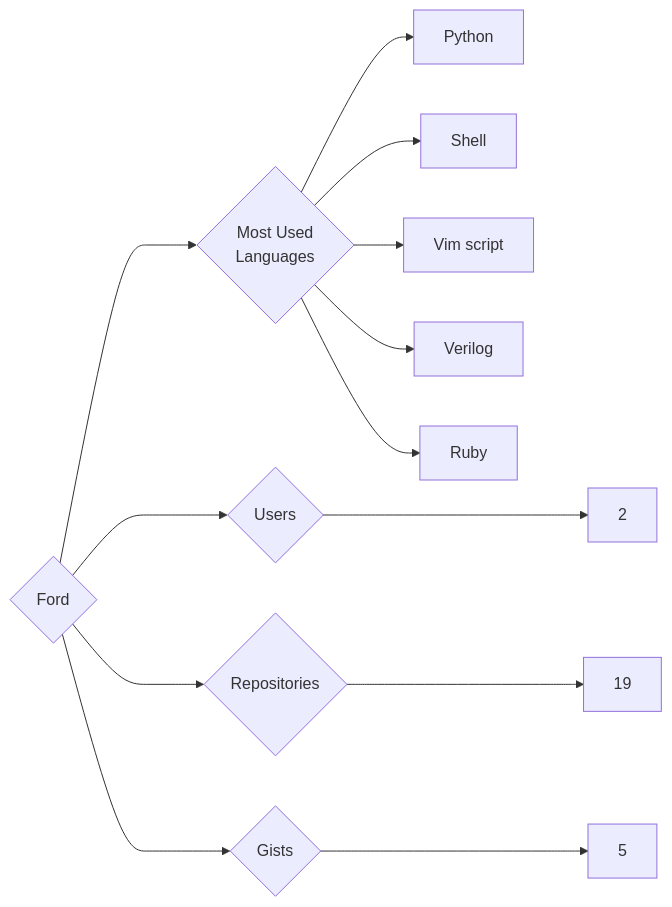
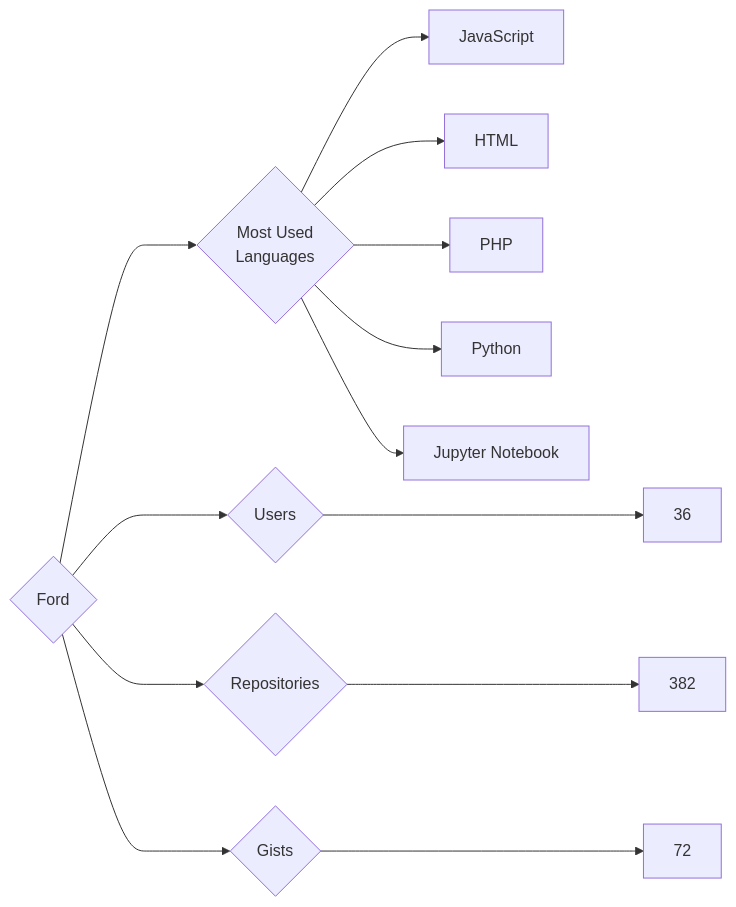
The diagram in targets/Ford/README.md (trickest/insiders), drawn with Mermaid before and after one commit. The commit also changed 873 other files, not shown here.

````diff
--- a/targets/Ford/README.md
+++ b/targets/Ford/README.md
@@ -3,13 +3,13 @@
 ```mermaid
 graph LR
 COMPANY_NAME{Ford}
-COMPANY_NAME ---> U{Users} ---> UN[2]
-COMPANY_NAME ---> R{Repositories} ---> RN[19]
-COMPANY_NAME ---> G{Gists} ---> GN[5]
+COMPANY_NAME ---> U{Users} ---> UN[36]
+COMPANY_NAME ---> R{Repositories} ---> RN[382]
+COMPANY_NAME ---> G{Gists} ---> GN[72]
 COMPANY_NAME ---> ML{Most Used<br>Languages}
+ML --> JavaScript[JavaScript]
+ML --> HTML[HTML]
+ML --> PHP[PHP]
 ML --> Python[Python]
-ML --> Shell[Shell]
-ML --> Vim_script[Vim script]
-ML --> Verilog[Verilog]
-ML --> Ruby[Ruby]
+ML --> Jupyter_Notebook[Jupyter Notebook]
 ```
````
